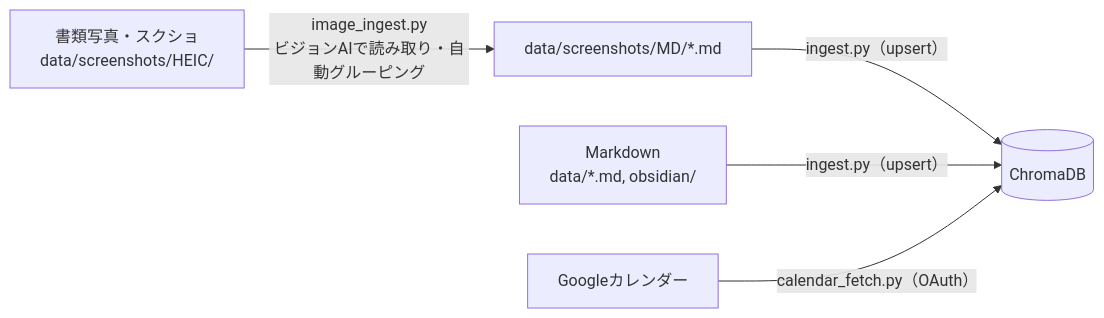
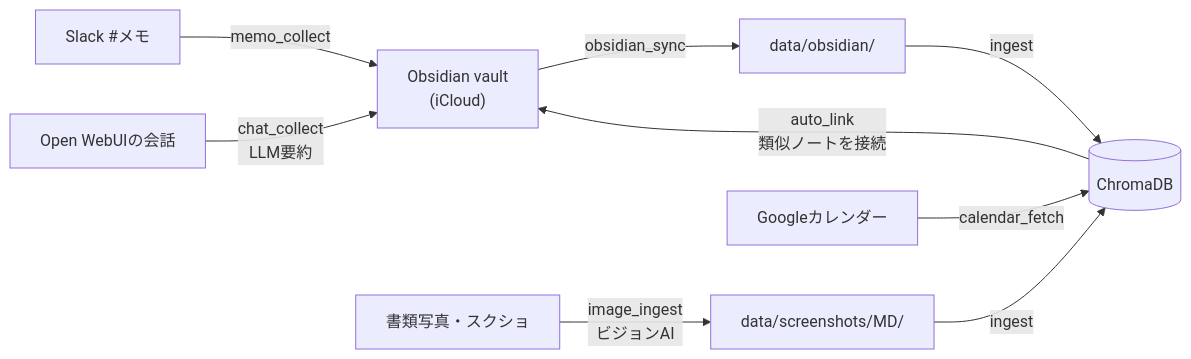
Before and after one commit to chris9609/personalAI: the second of 3 diagrams in README.md, drawn with Mermaid. The commit also changed other lines of this file, not shown here.

````diff
--- a/README.md
+++ b/README.md
@@ -62,11 +101,11 @@
 ```mermaid
 flowchart LR
-    Images["書類写真・スクショ<br/>data/screenshots/HEIC/"]
-    MDfiles["Markdown<br/>data/*.md, obsidian/"]
-    Calendar["Googleカレンダー"]
-
-    Images -->|image_ingest.py<br/>ビジョンAIで読み取り・自動グルーピング| GenMD["data/screenshots/MD/*.md"]
-    GenMD -->|ingest.py（upsert）| Chroma[("ChromaDB")]
-    MDfiles -->|ingest.py（upsert）| Chroma
-    Calendar -->|calendar_fetch.py（OAuth）| Chroma
+    Slack["Slack #メモ"] -->|memo_collect| Vault["Obsidian vault<br/>(iCloud)"]
+    Chat["Open WebUIの会話"] -->|chat_collect<br/>LLM要約| Vault
+    Vault -->|obsidian_sync| Data["data/obsidian/"]
+    Images["書類写真・スクショ"] -->|image_ingest<br/>ビジョンAI| Data2["data/screenshots/MD/"]
+    Data -->|ingest| Chroma[("ChromaDB")]
+    Data2 -->|ingest| Chroma
+    Chroma -->|auto_link<br/>類似ノートを接続| Vault
+    Calendar["Googleカレンダー"] -->|calendar_fetch| Chroma
 ```
````
